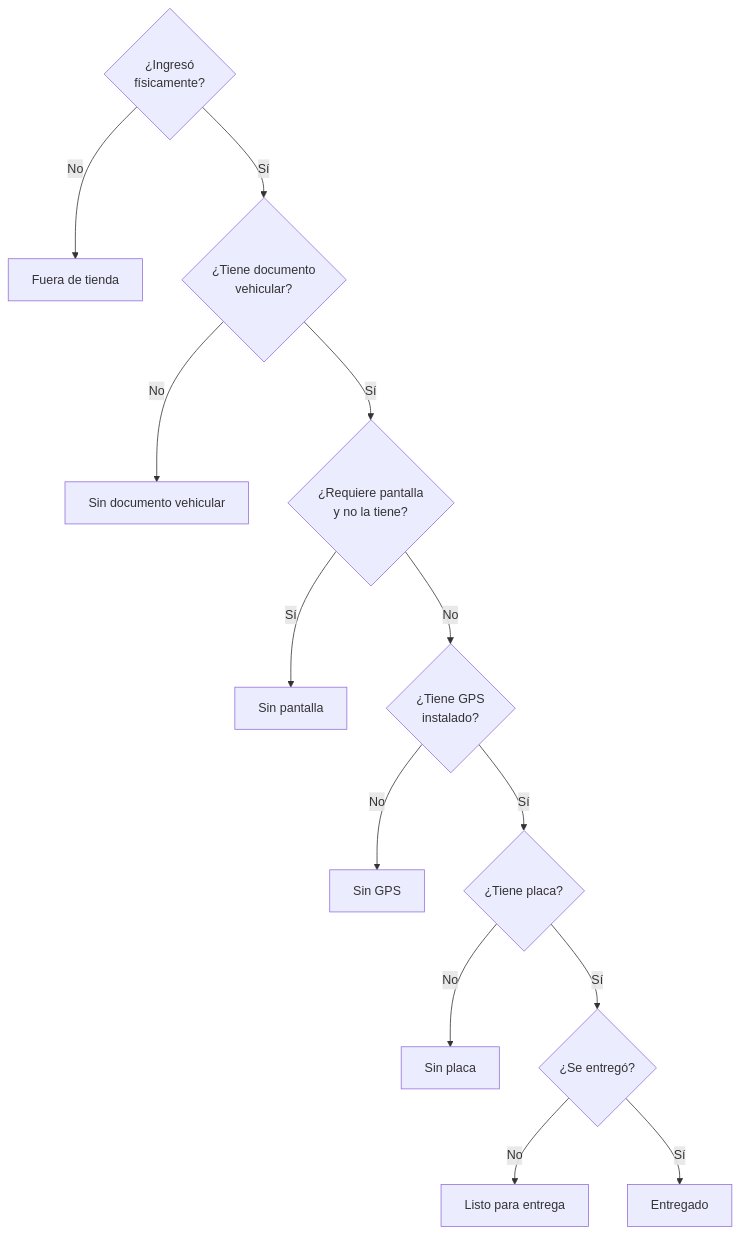
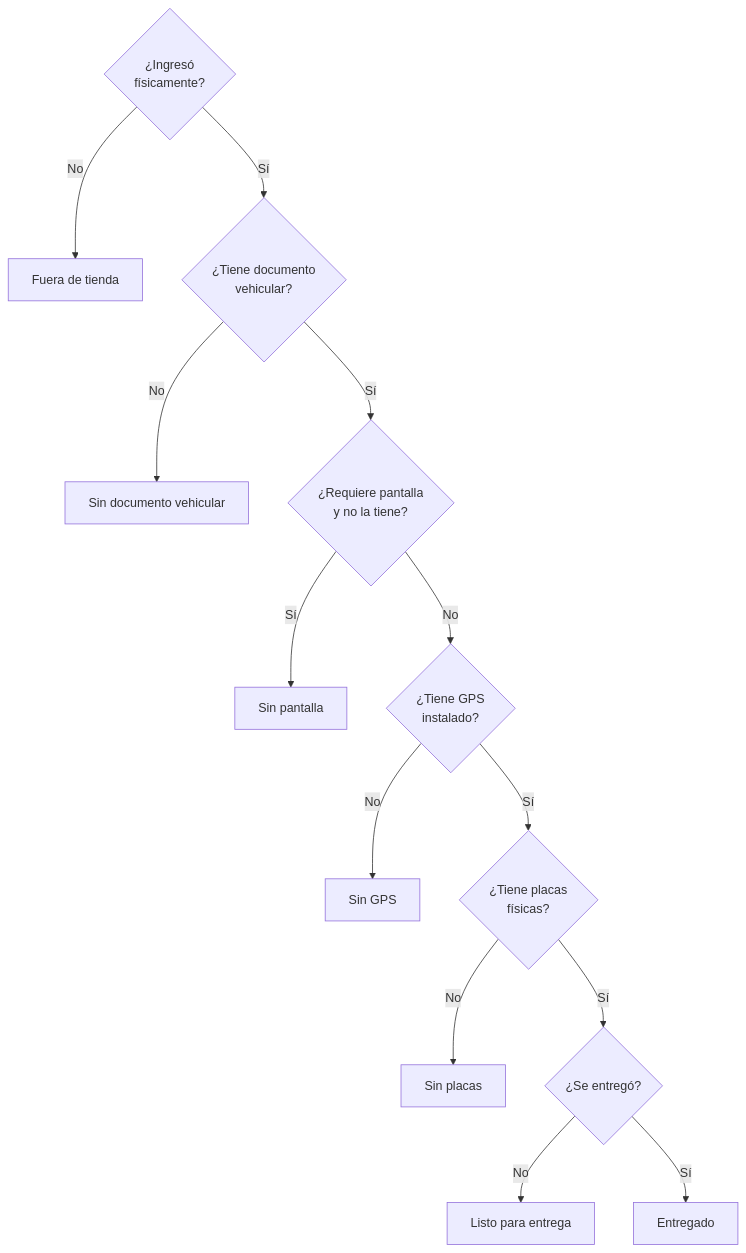
Before and after one commit to erp-millennium-mobility-sac/erp-millennium-mobility-documentation: the first of 2 diagrams in procesos-y-pantallas-millennium-mobility.md, drawn with Mermaid. The commit also changed other lines of this file, not shown here.

````diff
--- a/procesos-y-pantallas-millennium-mobility.md
+++ b/procesos-y-pantallas-millennium-mobility.md
@@ -148,15 +153,15 @@
 ```mermaid
 flowchart TD
   A{¿Ingresó<br/>físicamente?} -->|No| A1[Fuera de tienda]
   A -->|Sí| B{¿Tiene documento<br/>vehicular?}
   B -->|No| B1[Sin documento vehicular]
   B -->|Sí| C{¿Requiere pantalla<br/>y no la tiene?}
   C -->|Sí| C1[Sin pantalla]
   C -->|No| D{¿Tiene GPS<br/>instalado?}
   D -->|No| D1[Sin GPS]
-  D -->|Sí| E{¿Tiene placa?}
-  E -->|No| E1[Sin placa]
+  D -->|Sí| E{¿Tiene placas<br/>físicas?}
+  E -->|No| E1[Sin placas]
   E -->|Sí| F{¿Se entregó?}
   F -->|No| F1[Listo para entrega]
   F -->|Sí| F2[Entregado]
 ```
````
